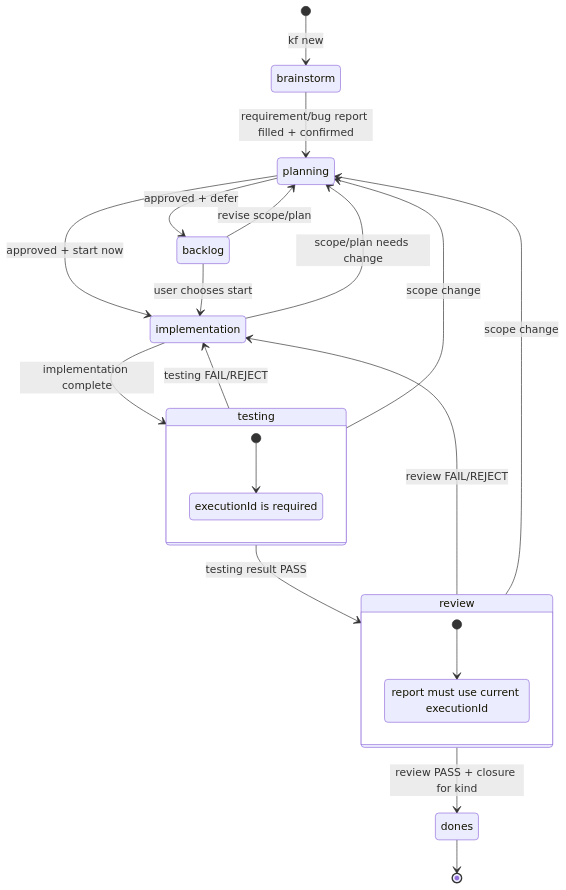
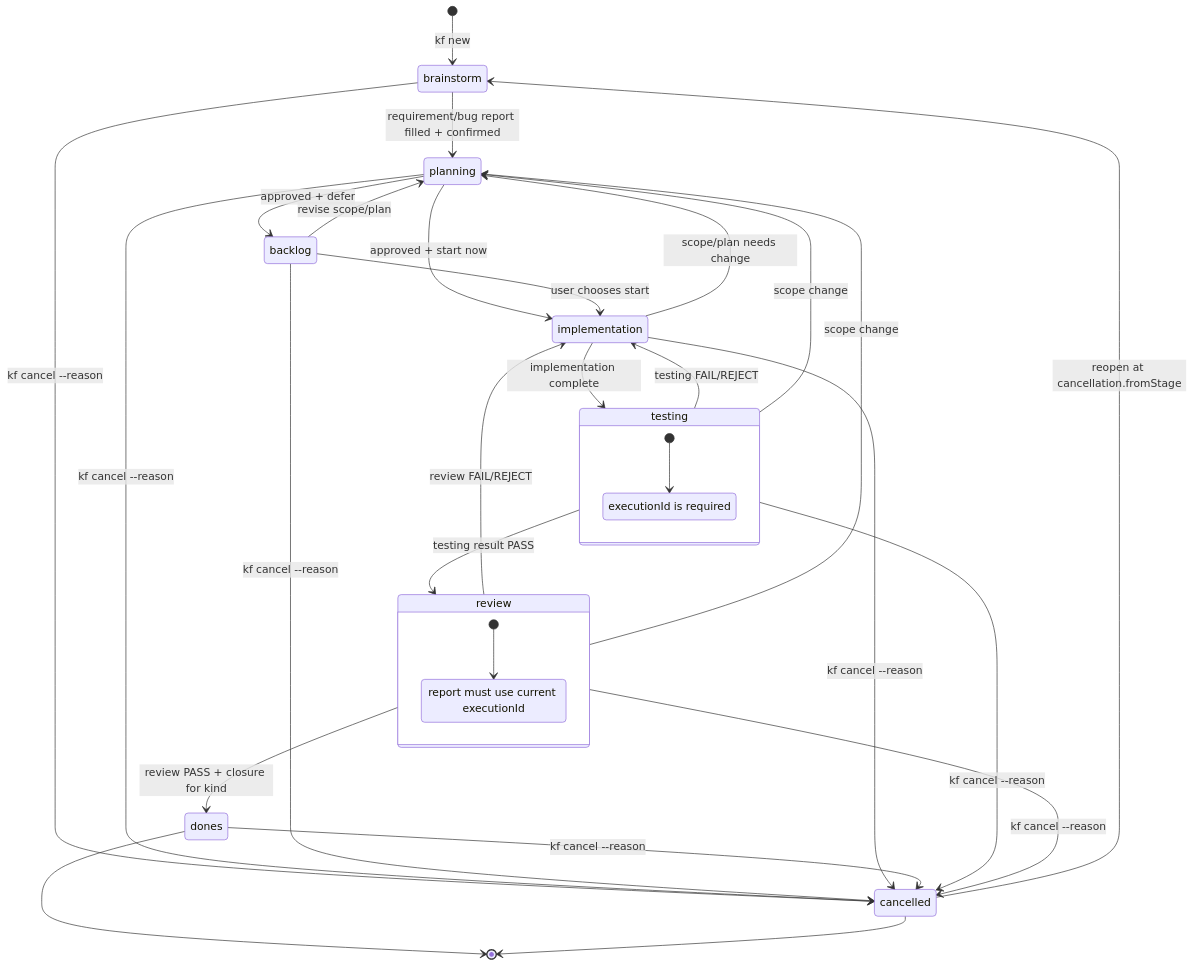
The diagram in docs/workflow/state-machine.md (phuthuycoding/kanban-flow), drawn with Mermaid before and after one commit. The commit also changed other lines of this file and 51 other files, not shown here.

````diff
--- a/docs/workflow/state-machine.md
+++ b/docs/workflow/state-machine.md
@@ -3,27 +3,36 @@
 ```mermaid
 stateDiagram-v2
     [*] --> brainstorm: kf new
     brainstorm --> planning: requirement/bug report filled + confirmed
     planning --> backlog: approved + defer
     planning --> implementation: approved + start now
     backlog --> implementation: user chooses start
     backlog --> planning: revise scope/plan
     implementation --> testing: implementation complete
     implementation --> planning: scope/plan needs change
     testing --> review: testing result PASS
     testing --> implementation: testing FAIL/REJECT
     testing --> planning: scope change
     review --> dones: review PASS + closure for kind
     review --> implementation: review FAIL/REJECT
     review --> planning: scope change
     dones --> [*]
+    brainstorm --> cancelled: kf cancel --reason
+    planning --> cancelled: kf cancel --reason
+    backlog --> cancelled: kf cancel --reason
+    implementation --> cancelled: kf cancel --reason
+    testing --> cancelled: kf cancel --reason
+    review --> cancelled: kf cancel --reason
+    dones --> cancelled: kf cancel --reason
+    cancelled --> brainstorm: reopen at cancellation.fromStage
+    cancelled --> [*]
 
     state testing {
         [*] --> execution
         execution: executionId is required
     }
     state review {
         [*] --> review_execution
         review_execution: report must use current executionId
     }
 ```
````
